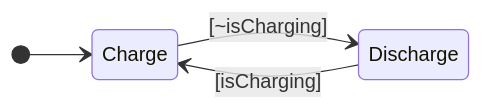
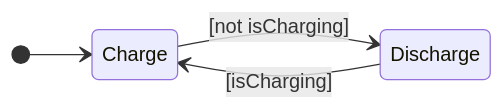
One commit to genie4youu/genie4youu.github.io changed the first of 3 diagrams in _posts/2026-07-14-02-first-chart.md. Above: the diagram before and after it, drawn with Mermaid. The commit also changed other lines of this file and 13 other files, not shown here.

First line of the commit message:
﻿전면 손질: 제목 변경, AI 티 나는 표현 제거, 다이어그램 재작성

````diff
--- a/_posts/2026-07-14-02-first-chart.md
+++ b/_posts/2026-07-14-02-first-chart.md
@@ -22,7 +20,7 @@
 ```mermaid
 stateDiagram-v2
     direction LR
     [*] --> Charge
-    Charge --> Discharge : [~isCharging]
+    Charge --> Discharge : [not isCharging]
     Discharge --> Charge : [isCharging]
 ```
````
